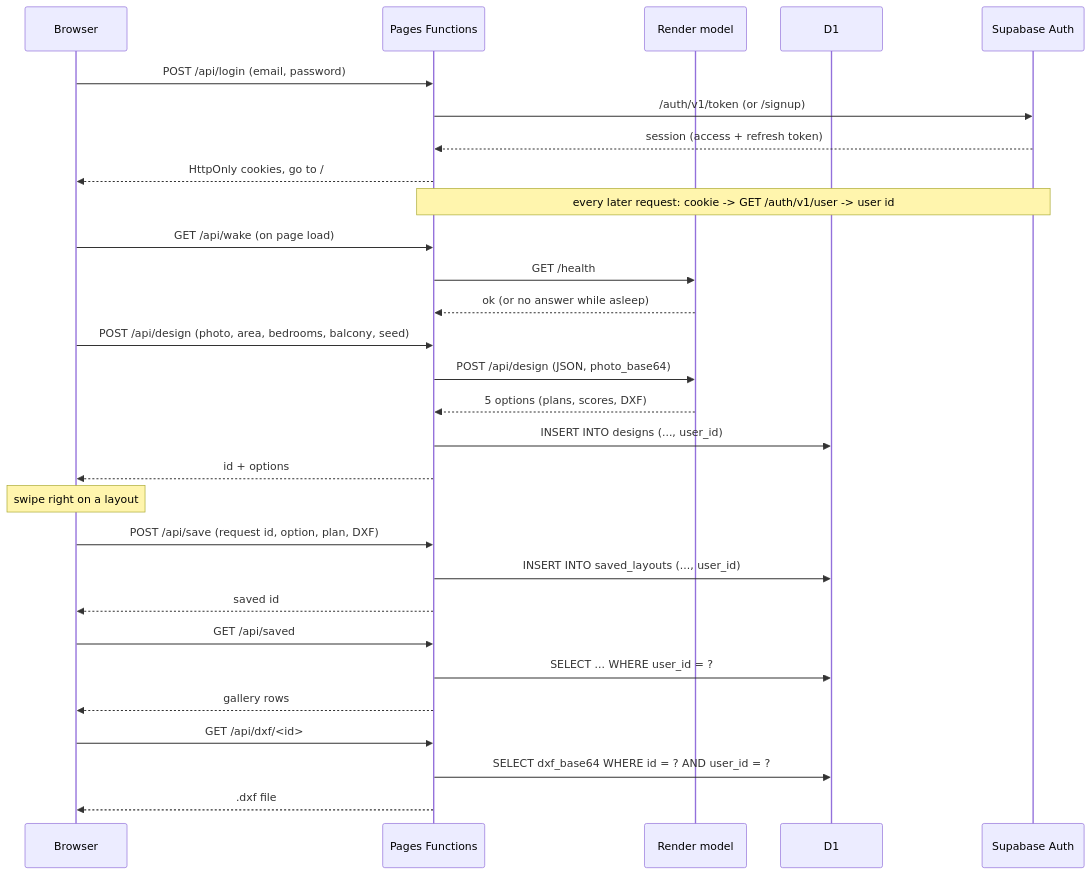
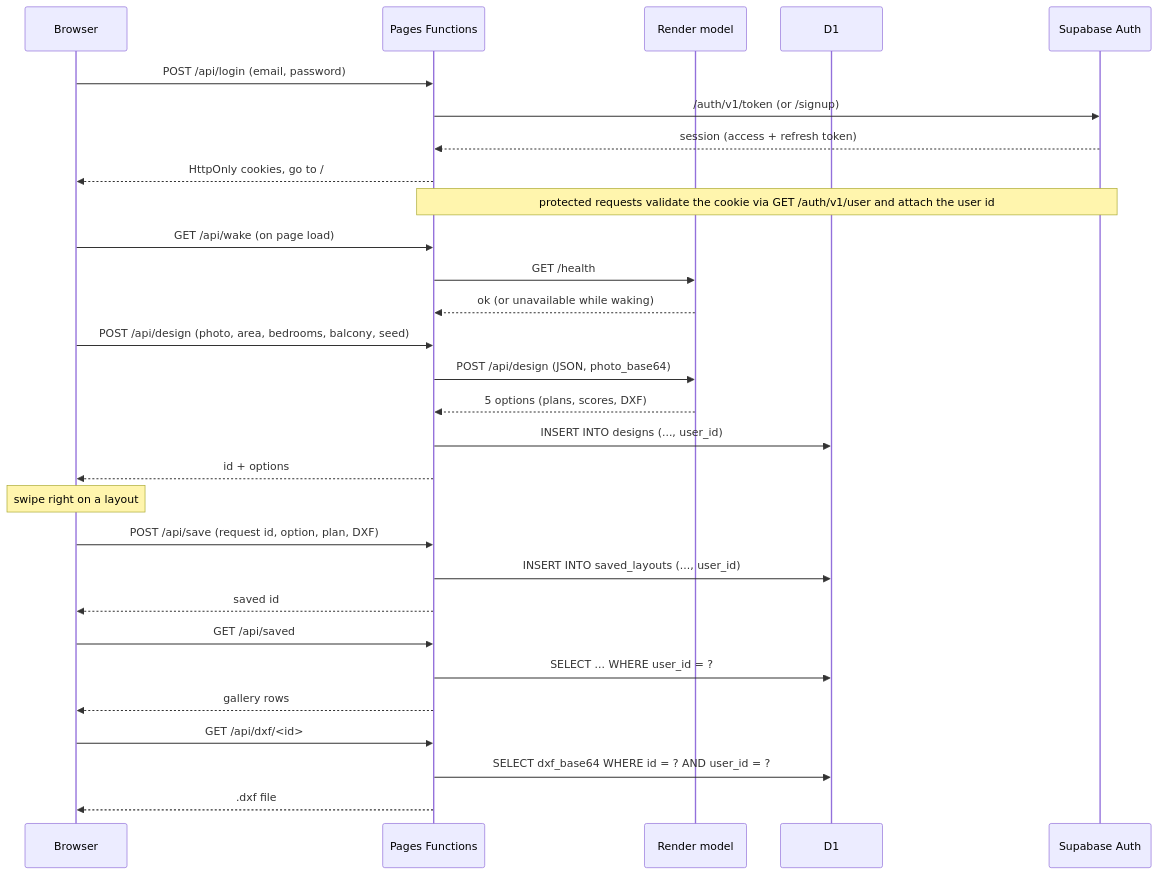
Before and after one commit to iaac-maai/hackathon-team4-resplan: the diagram in 04_final/diagrams/3_sequence.md, drawn with Mermaid. The commit also changed 15 other files, not shown here.

````diff
--- a/04_final/diagrams/3_sequence.md
+++ b/04_final/diagrams/3_sequence.md
@@ -3,31 +3,31 @@
 ```mermaid
 sequenceDiagram
   participant B as Browser
   participant W as Pages Functions
   participant R as Render model
   participant D as D1
   participant S as Supabase Auth
   B->>W: POST /api/login (email, password)
   W->>S: /auth/v1/token (or /signup)
   S-->>W: session (access + refresh token)
   W-->>B: HttpOnly cookies, go to /
-  Note over W,S: every later request: cookie -> GET /auth/v1/user -> user id
+  Note over W,S: protected requests validate the cookie via GET /auth/v1/user and attach the user id
   B->>W: GET /api/wake (on page load)
   W->>R: GET /health
-  R-->>W: ok (or no answer while asleep)
+  R-->>W: ok (or unavailable while waking)
   B->>W: POST /api/design (photo, area, bedrooms, balcony, seed)
   W->>R: POST /api/design (JSON, photo_base64)
   R-->>W: 5 options (plans, scores, DXF)
   W->>D: INSERT INTO designs (..., user_id)
   W-->>B: id + options
   Note over B: swipe right on a layout
   B->>W: POST /api/save (request id, option, plan, DXF)
   W->>D: INSERT INTO saved_layouts (..., user_id)
   W-->>B: saved id
   B->>W: GET /api/saved
   W->>D: SELECT ... WHERE user_id = ?
   W-->>B: gallery rows
   B->>W: GET /api/dxf/<id>
   W->>D: SELECT dxf_base64 WHERE id = ? AND user_id = ?
   W-->>B: .dxf file
 ```
````
